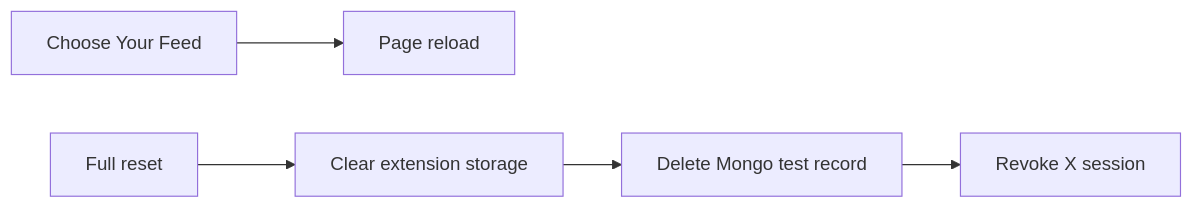
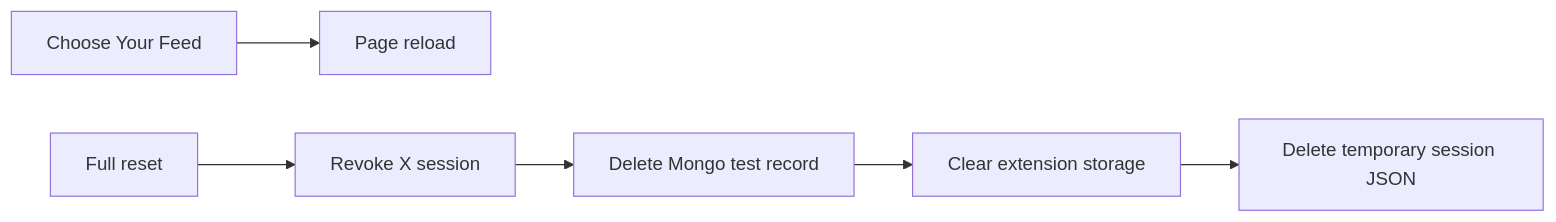
Before and after one commit to SidheshwarSarangal/X_feed_extension: the seventh of 7 diagrams in docs/troubleshooting.md, drawn with Mermaid. The commit also changed other lines of this file and 8 other files, not shown here.

````diff
--- a/docs/troubleshooting.md
+++ b/docs/troubleshooting.md
@@ -118,7 +130,8 @@
 ```mermaid
 flowchart LR
     YourFeed[Choose Your Feed] --> Reload[Page reload]
-    Reset[Full reset] --> Clear[Clear extension storage]
-    Clear --> Delete[Delete Mongo test record]
-    Delete --> Revoke[Revoke X session]
+    Reset[Full reset] --> Revoke[Revoke X session]
+    Revoke --> Delete[Delete Mongo test record]
+    Delete --> Clear[Clear extension storage]
+    Clear --> Files[Delete temporary session JSON]
 ```
````
